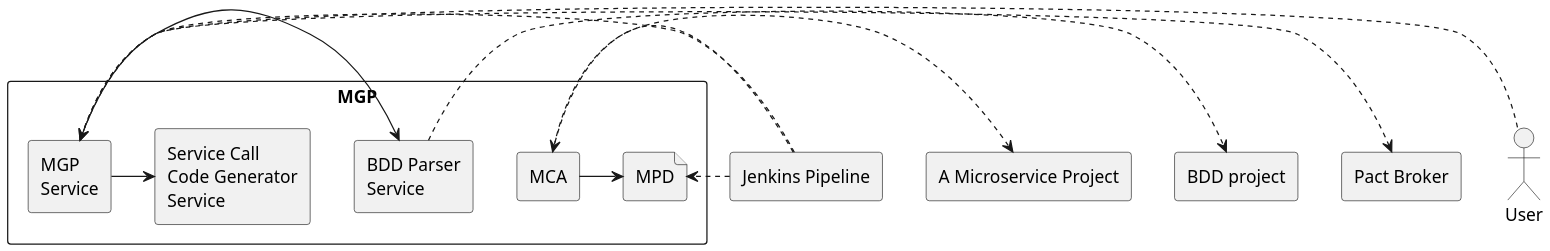
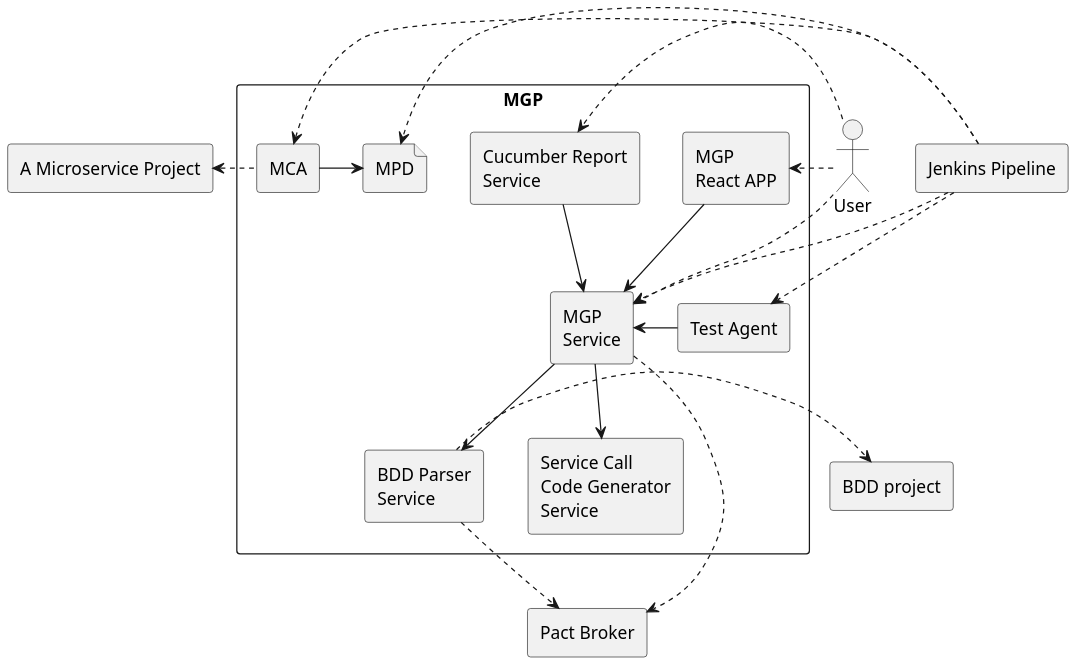
Before and after one commit to b4456609/mgp-back: the diagram in diagram/system.puml, drawn with PlantUML.

```diff
--- a/diagram/system.puml
+++ b/diagram/system.puml
@@ -1,30 +1,40 @@
 @startuml
 scale 1.8
 rectangle "A Microservice Project" as mp
 rectangle "Jenkins Pipeline" as jp
 rectangle "BDD project" as bp
 rectangle "Pact Broker" as pb
 actor User as user
 
-rectangle "MGP" {
+rectangle "MGP" as t {
+	rectangle "Test Agent" as ta
 	rectangle "MCA" as mca
+	rectangle "MGP\nReact APP"as mgpa
 	rectangle "MGP\nService"as mgp
 	rectangle "BDD Parser\nService" as uatp
 	rectangle "Service Call\nCode Generator\nService" as d
+	rectangle "Cucumber Report\nService" as crs
 
 	file "MPD" as mpd
 
 	mca -r-> mpd
-	mgp -> uatp
-	mgp -> d
+	mgp -d-> uatp
+	mgp -d-> d
+	mgpa -d-> mgp
+	crs -d-> mgp
+	ta -> mgp
 }
-
+jp.>ta
 jp.>mpd
-mca .> mp
+mca .l.> mp
 jp .> mca
 jp .> mgp
 uatp .> bp
 mgp .> pb
 user .> mgp
+user .> mgpa
+user .> crs
+
+uatp .d.> pb
 
 @enduml
```
